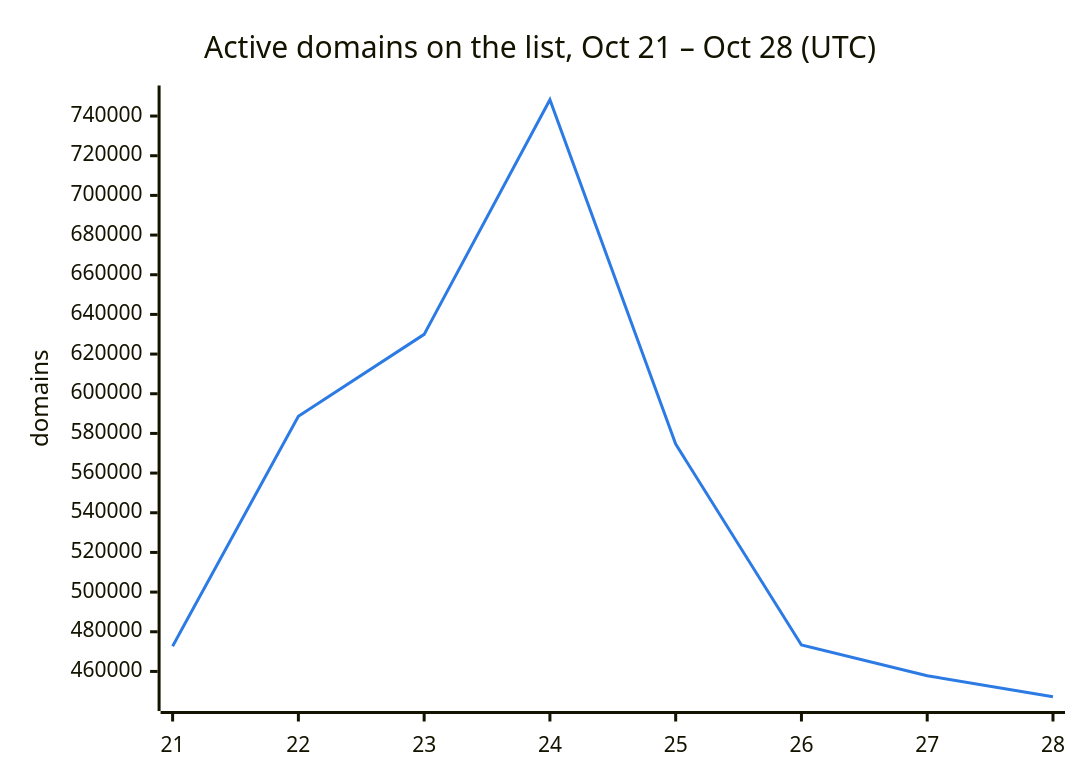
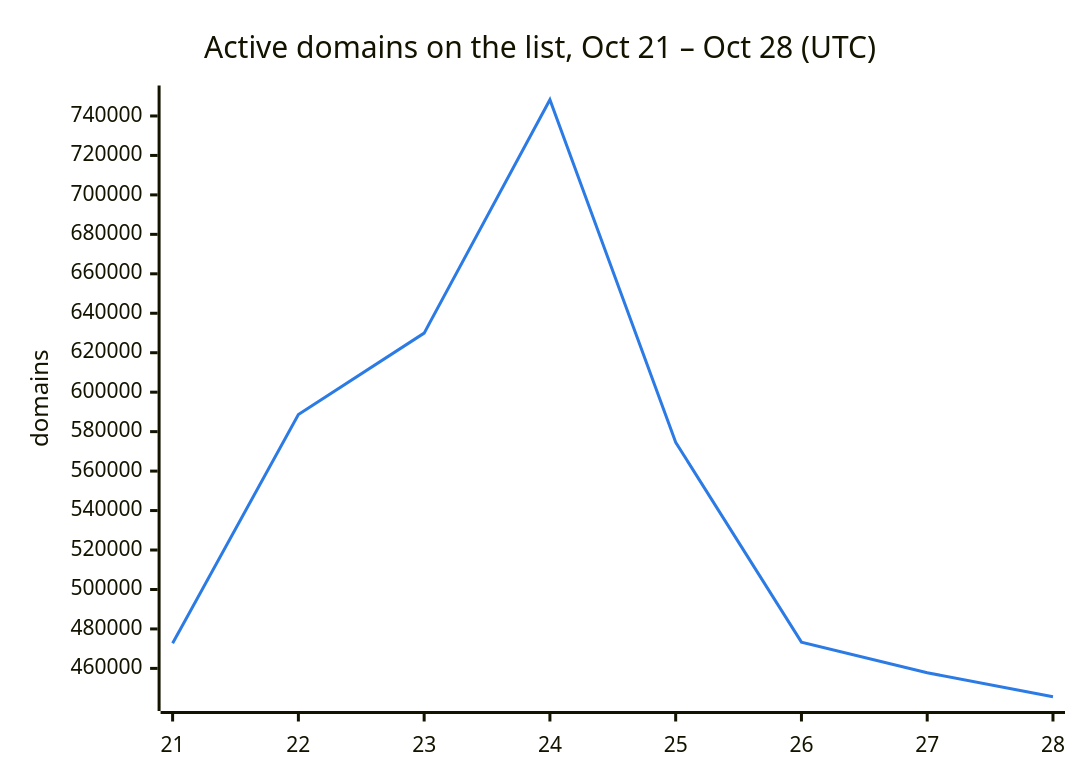
One commit to DNSBunker/CTI changed the second of 3 diagrams in README.md. Above: the diagram before and after it, drawn with Mermaid. The commit also changed other lines of this file and 3 other files, not shown here.

````diff
--- a/README.md
+++ b/README.md
@@ -38,8 +38,8 @@
 ```mermaid
 %%{init: {"themeVariables": {"xyChart": {"plotColorPalette": "#2c7be5"}}}}%%
 xychart-beta
     title "Active domains on the list, Oct 21 – Oct 28 (UTC)"
     x-axis ["21", "22", "23", "24", "25", "26", "27", "28"]
     y-axis "domains"
-    line [472713, 588659, 629951, 748222, 574614, 473331, 457795, 447236]
+    line [472713, 588659, 629951, 748222, 574614, 473331, 457795, 445626]
 ```
````
